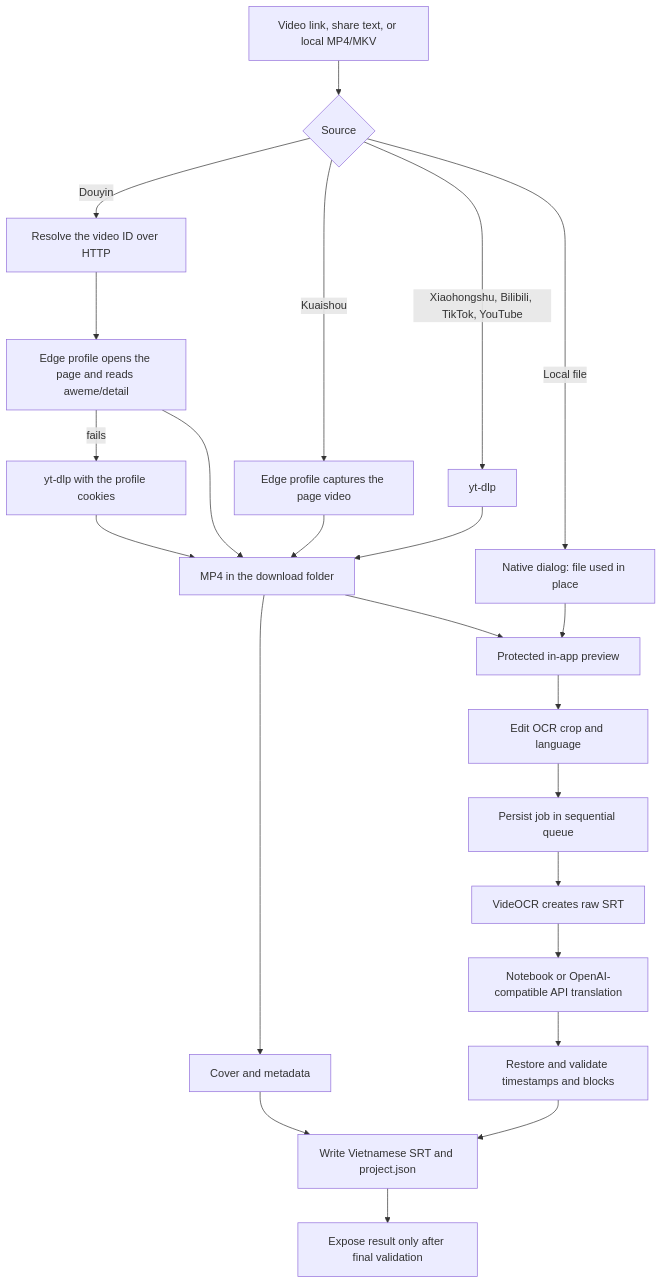
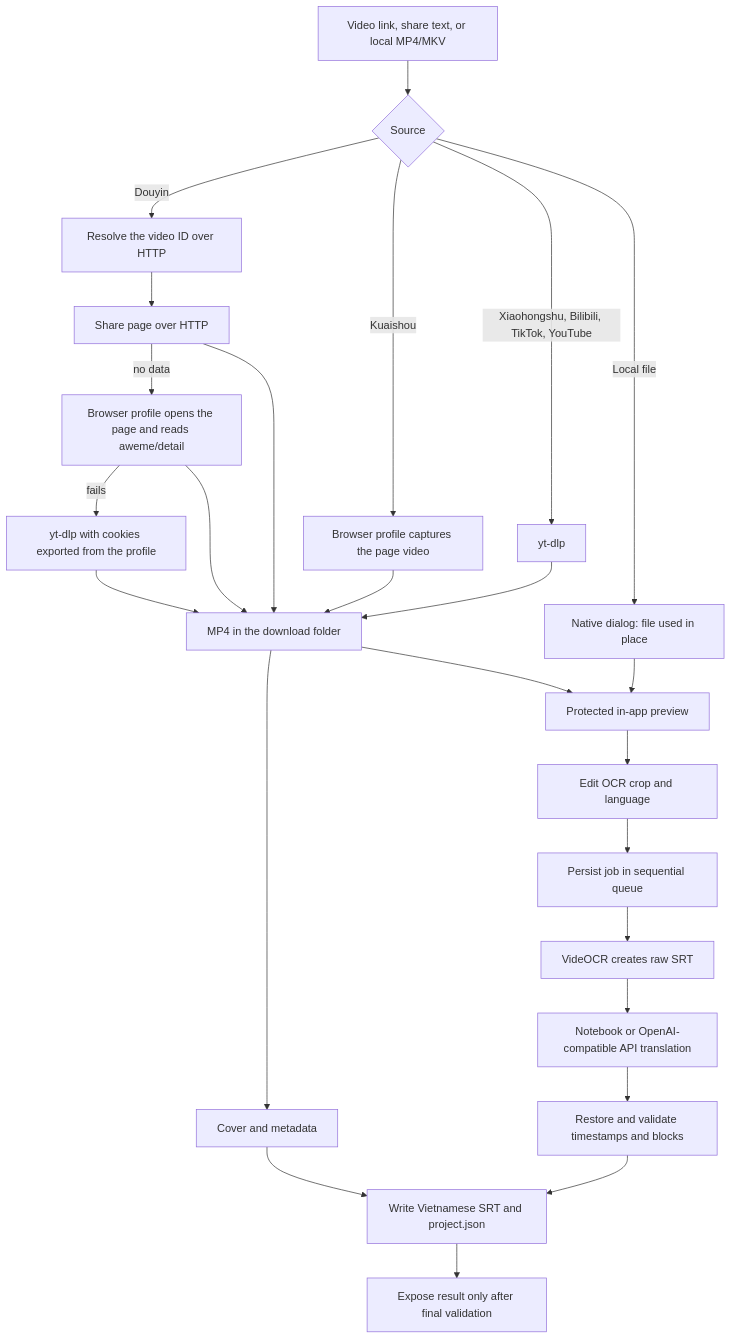
One commit to qvinh8726/VietSub-Studio changed the first of 2 diagrams in README.md. Above: the diagram before and after it, drawn with Mermaid. The commit also changed other lines of this file and 30 other files, not shown here.

````diff
--- a/README.md
+++ b/README.md
@@ -374,25 +377,27 @@
 ```mermaid
 flowchart TD
     A[Video link, share text, or local MP4/MKV] --> B{Source}
     B -->|Douyin| C[Resolve the video ID over HTTP]
-    C --> D[Edge profile opens the page and reads aweme/detail]
-    D -->|fails| D2[yt-dlp with the profile cookies]
-    B -->|Kuaishou| K1[Edge profile captures the page video]
+    C --> S[Share page over HTTP]
+    S -->|no data| D[Browser profile opens the page and reads aweme/detail]
+    D -->|fails| D2[yt-dlp with cookies exported from the profile]
+    B -->|Kuaishou| K1[Browser profile captures the page video]
     B -->|Xiaohongshu, Bilibili, TikTok, YouTube| Y[yt-dlp]
     D --> E[MP4 in the download folder]
+    S --> E
     D2 --> E
     K1 --> E
     Y --> E
     E --> T[Cover and metadata]
     B -->|Local file| F[Native dialog: file used in place]
     E --> G[Protected in-app preview]
     F --> G
     G --> H[Edit OCR crop and language]
     H --> I[Persist job in sequential queue]
     I --> J[VideOCR creates raw SRT]
     J --> K[Notebook or OpenAI-compatible API translation]
     K --> L[Restore and validate timestamps and blocks]
     L --> M[Write Vietnamese SRT and project.json]
     T --> M
     M --> N[Expose result only after final validation]
 ```
````
